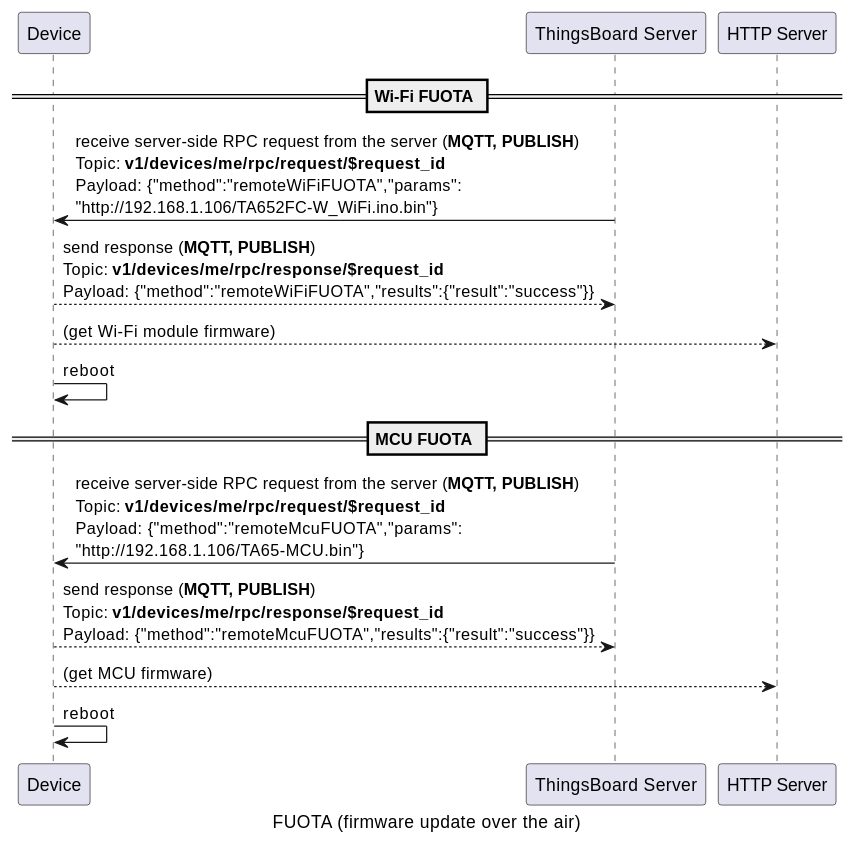
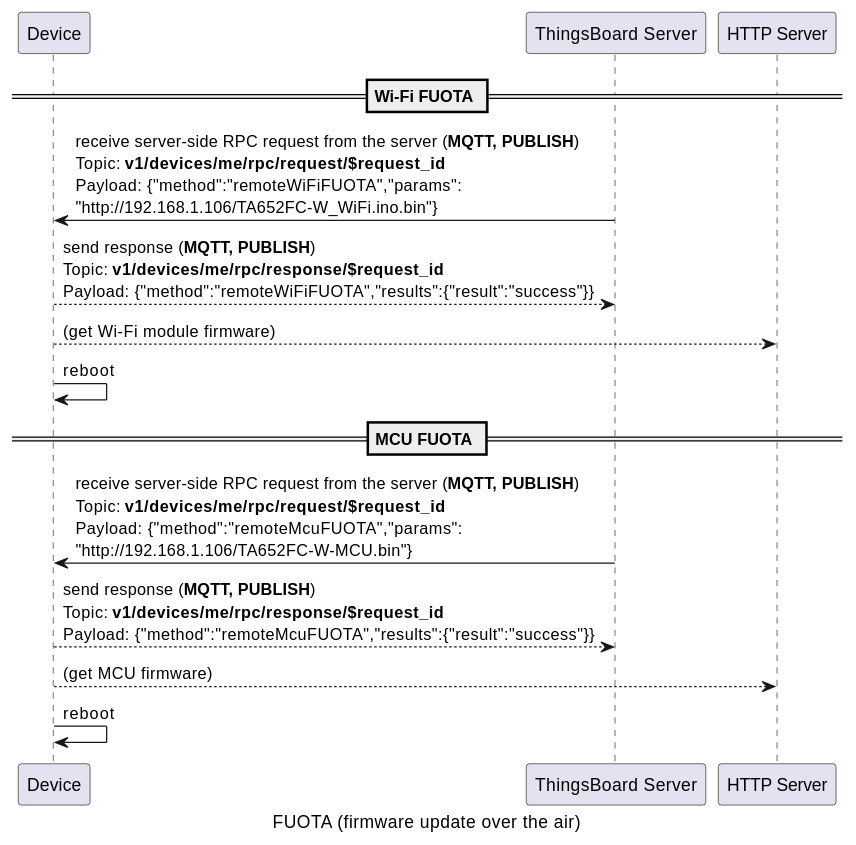
Before and after one commit to avantec-iot/avantec-thingsboard: diagram 13 of 16 in docs/device/ta652fc-w/ta652fc-w-mqtt-api.rst, drawn with PlantUML. The commit also changed other lines of this file and 13 other files, not shown here.

```diff
--- a/docs/device/ta652fc-w/ta652fc-w-mqtt-api.rst
+++ b/docs/device/ta652fc-w/ta652fc-w-mqtt-api.rst
@@ -867,19 +868,19 @@
   .. uml::
 
     caption  FUOTA (firmware update over the air)
 
     participant "Device" as TBDev order 10
     participant "ThingsBoard Server"  as TBSrv order 20 
     participant "HTTP Server"  as HTTPSrv order 30 
 
     == Wi-Fi FUOTA ==
     TBDev  <-  TBSrv: receive server-side RPC request from the server (**MQTT, PUBLISH**) \nTopic: **v1/devices/me/rpc/request/$request_id** \nPayload: {"method":"remoteWiFiFUOTA","params":\n"http://192.168.1.106/TA652FC-W_WiFi.ino.bin"}
     TBDev -->  TBSrv: send response (**MQTT, PUBLISH**) \nTopic: **v1/devices/me/rpc/response/$request_id** \nPayload: {"method":"remoteWiFiFUOTA","results":{"result":"success"}}
     TBDev  --> HTTPSrv: (get Wi-Fi module firmware)
     TBDev  ->  TBDev: reboot
 
     == MCU FUOTA ==
-    TBDev  <-  TBSrv: receive server-side RPC request from the server (**MQTT, PUBLISH**) \nTopic: **v1/devices/me/rpc/request/$request_id** \nPayload: {"method":"remoteMcuFUOTA","params":\n"http://192.168.1.106/TA65-MCU.bin"}
+    TBDev  <-  TBSrv: receive server-side RPC request from the server (**MQTT, PUBLISH**) \nTopic: **v1/devices/me/rpc/request/$request_id** \nPayload: {"method":"remoteMcuFUOTA","params":\n"http://192.168.1.106/TA652FC-W-MCU.bin"}
     TBDev -->  TBSrv: send response (**MQTT, PUBLISH**) \nTopic: **v1/devices/me/rpc/response/$request_id** \nPayload: {"method":"remoteMcuFUOTA","results":{"result":"success"}}
     TBDev  --> HTTPSrv: (get MCU firmware)
     TBDev  ->  TBDev: reboot
```
